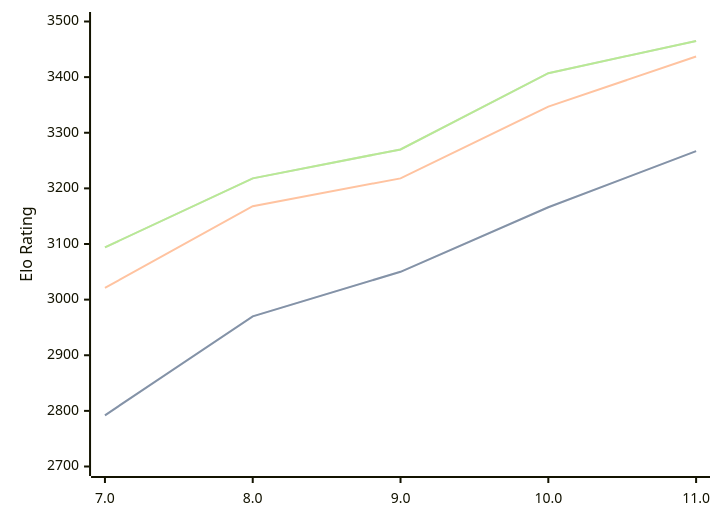
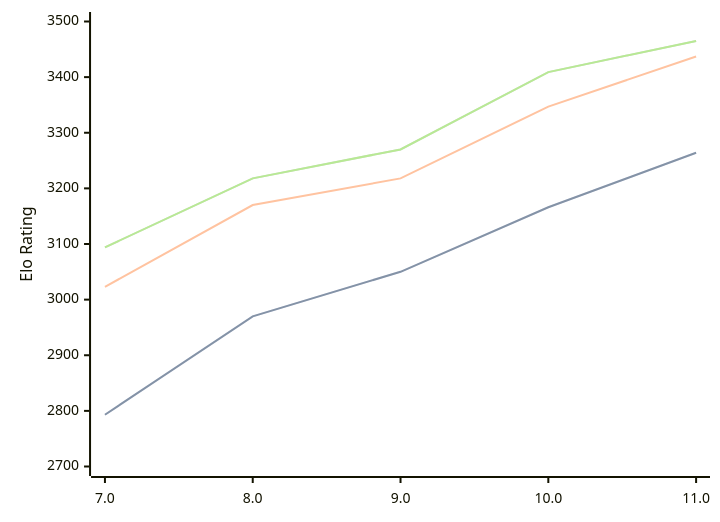
One commit to computer-chess-index/cci changed the diagram in engines/Tcheran.md. Above: the diagram before and after it, drawn with Mermaid. The commit also changed other lines of this file, not shown here.

Commit message:
Update CCI Ratings (ELO VLTC) - 2026-03-27

````diff
--- a/engines/Tcheran.md
+++ b/engines/Tcheran.md
@@ -49,11 +49,11 @@
 ```mermaid
 %%{init: {"theme":"base","themeVariables":{"seriesColors:['#a3a3a3','#222221','#faa371']}}}%%
 xychart-beta
   x-axis ["7.0", "8.0", "9.0", "10.0", "11.0"]
   y-axis "Elo Rating" 2700 --> 3500
-  line "STC (8.0+0.08s)" [2792, 2970, 3050, 3166, 3267]
-  line "STC (8.0+0.08s)" [2792, 2970, 3050, 3166, 3267]
-  line "LTC (60.0+0.60s)" [3021, 3168, 3218, 3347, 3437]
-  line "VLTC (2m24s+1.12s)" [3094, 3218, 3270, 3407, 3465]
-  line "VLTC (2m24s+1.12s)" [3094, 3218, 3270, 3407, 3465]
+  line "STC (8.0+0.08s)" [2793, 2970, 3050, 3166, 3264]
+  line "STC (8.0+0.08s)" [2793, 2970, 3050, 3166, 3264]
+  line "LTC (60.0+0.60s)" [3023, 3170, 3218, 3347, 3437]
+  line "VLTC (2m24s+1.12s)" [3094, 3218, 3270, 3409, 3465]
+  line "VLTC (2m24s+1.12s)" [3094, 3218, 3270, 3409, 3465]
 ```
````
